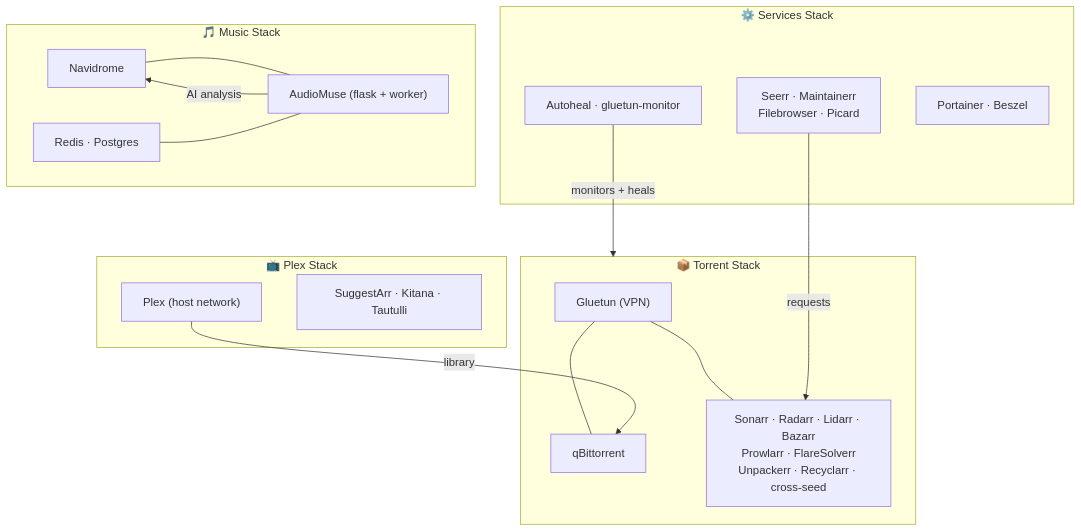
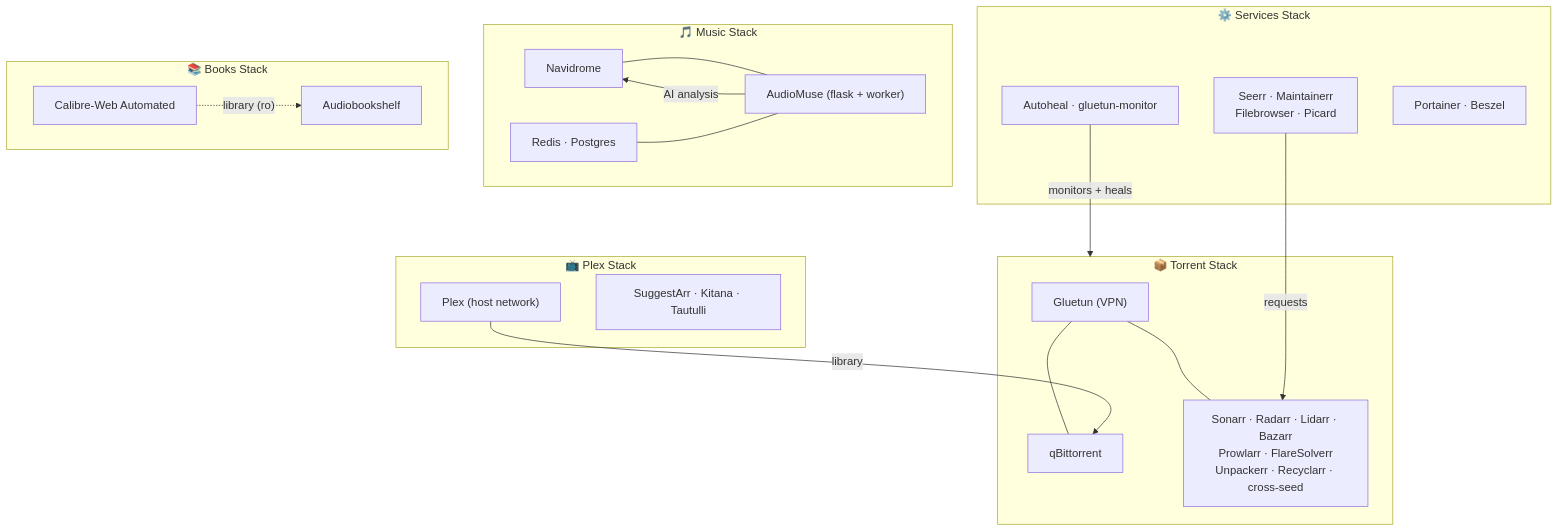
The diagram in README.md (ZisisKostakakis/homelab-media), drawn with Mermaid before and after one commit. The commit also changed other lines of this file and 6 other files, not shown here.

First line of the commit message:
feat(books): add books stack with Calibre-Web Automated and Audiobookshelf

````diff
--- a/README.md
+++ b/README.md
@@ -34,33 +34,39 @@
 ```mermaid
 graph TB
     subgraph TORRENT["📦 Torrent Stack"]
         GL["Gluetun (VPN)"]
         QB["qBittorrent"]
         ARR["Sonarr · Radarr · Lidarr · Bazarr\nProwlarr · FlareSolverr\nUnpackerr · Recyclarr · cross-seed"]
         GL --- QB & ARR
     end
 
     subgraph PLEX["📺 Plex Stack"]
         PX["Plex (host network)"]
         PS["SuggestArr · Kitana · Tautulli"]
     end
 
     subgraph SERVICES["⚙️ Services Stack"]
         SR["Seerr · Maintainerr\nFilebrowser · Picard"]
         SH["Autoheal · gluetun-monitor"]
         OPS["Portainer · Beszel"]
     end
 
     subgraph MUSIC["🎵 Music Stack"]
         NAV["Navidrome"]
         AM["AudioMuse (flask + worker)"]
         DB["Redis · Postgres"]
         NAV --- AM
         DB --- AM
     end
 
+    subgraph BOOKS["📚 Books Stack"]
+        CWA["Calibre-Web Automated"]
+        ABS["Audiobookshelf"]
+        CWA -.->|"library (ro)"| ABS
+    end
+
     SR -->|"requests"| ARR
     PX -->|"library"| QB
     SH -->|"monitors + heals"| TORRENT
     AM -->|"AI analysis"| NAV
 ```
````
